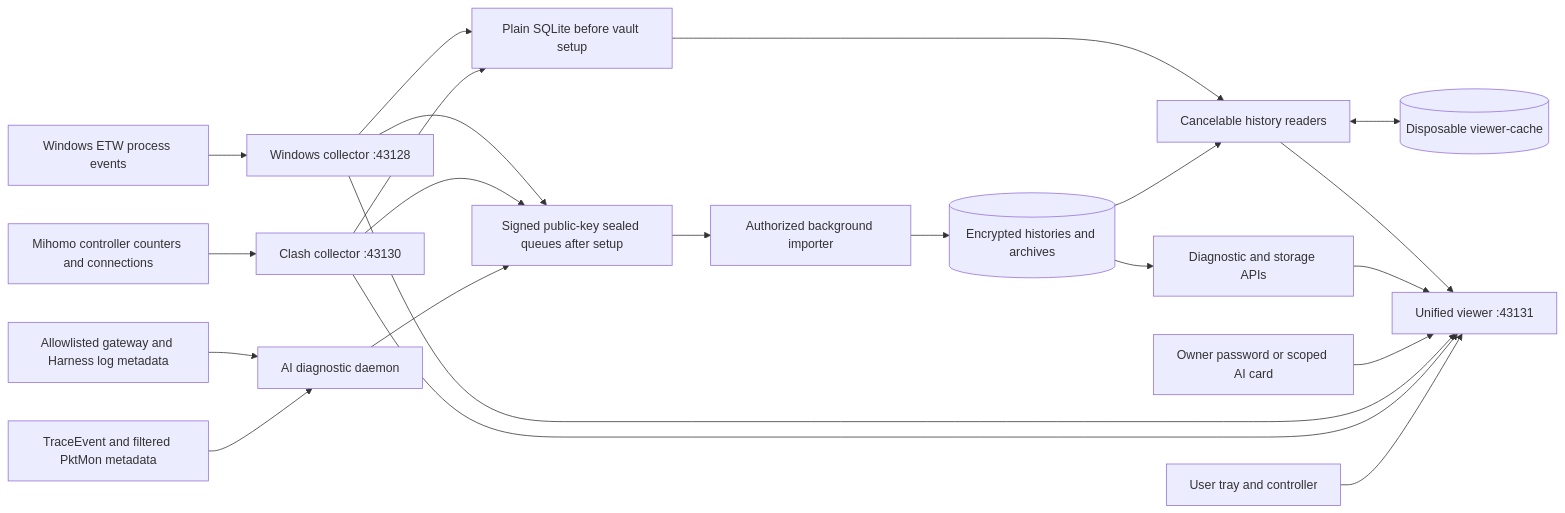
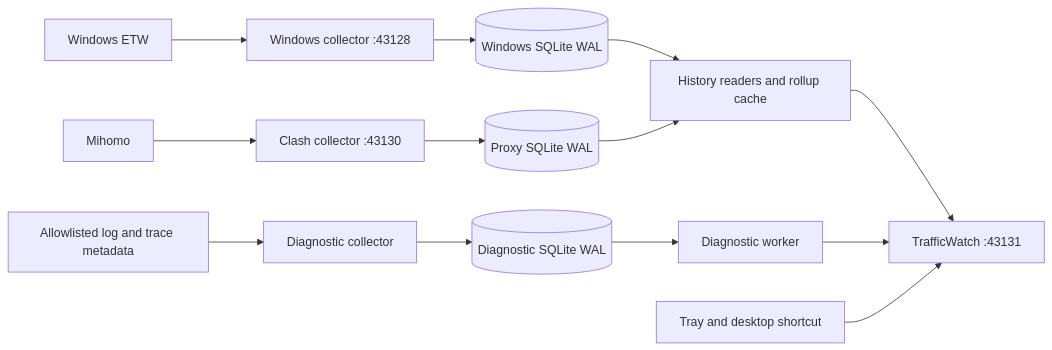
Before and after one commit to xxuxiaoo/trafficwatch: the diagram in docs/ARCHITECTURE.md, drawn with Mermaid. The commit also changed other lines of this file and 139 other files, not shown here.

Commit message:
feat: unify TrafficWatch and migrate history to SQLite WAL

````diff
--- a/docs/ARCHITECTURE.md
+++ b/docs/ARCHITECTURE.md
@@ -3,24 +3,15 @@
 ```mermaid
 flowchart LR
-  ETW[Windows ETW process events] --> W[Windows collector :43128]
-  M[Mihomo controller counters and connections] --> C[Clash collector :43130]
-  W --> P[Plain SQLite before vault setup]
-  C --> P
-  W --> Q[Signed public-key sealed queues after setup]
-  C --> Q
-  L[Allowlisted gateway and Harness log metadata] --> D[AI diagnostic daemon]
-  N[TraceEvent and filtered PktMon metadata] --> D
-  D --> Q
-  Q --> I[Authorized background importer]
-  I --> E[(Encrypted histories and archives)]
-  P --> R[Cancelable history readers]
-  E --> R
-  E --> A[Diagnostic and storage APIs]
-  R <--> RC[(Disposable viewer-cache)]
-  R --> U[Unified viewer :43131]
+  ETW[Windows ETW] --> W[Windows collector :43128]
+  Mihomo[Mihomo] --> C[Clash collector :43130]
+  W --> WS[(Windows SQLite WAL)]
+  C --> CS[(Proxy SQLite WAL)]
+  Logs[Allowlisted log and trace metadata] --> D[Diagnostic collector]
+  D --> DS[(Diagnostic SQLite WAL)]
+  WS --> R[History readers and rollup cache]
+  CS --> R
+  DS --> A[Diagnostic worker]
+  R --> U[TrafficWatch :43131]
   A --> U
-  V[Owner password or scoped AI card] --> U
-  W --> U
-  C --> U
-  T[User tray and controller] --> U
+  T[Tray and desktop shortcut] --> U
 ```
````
